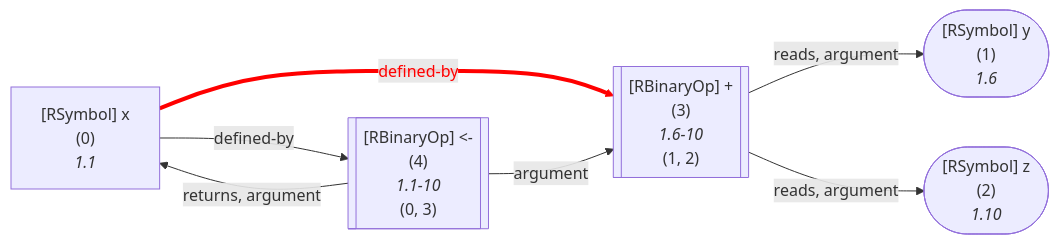
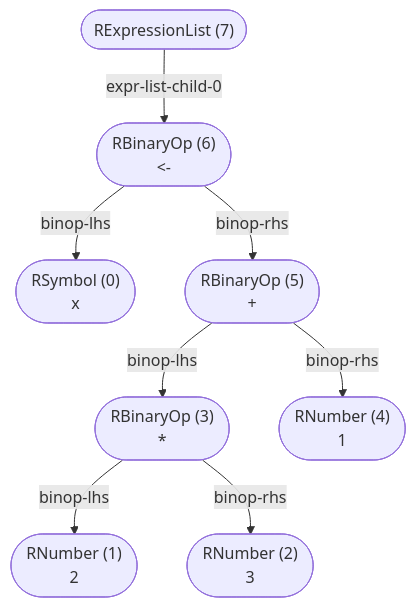
The diagram in wiki/Normalized AST.md (flowr-analysis/flowr), drawn with Mermaid before and after one commit. The commit also changed other lines of this file and 3 other files, not shown here.

````diff
--- a/wiki/Normalized AST.md
+++ b/wiki/Normalized AST.md
@@ -1074,27 +25,27 @@
 ```mermaid
-flowchart LR
-    1(["`#91;RSymbol#93; y
-      (1)
-      *1.6*`"])
-    2(["`#91;RSymbol#93; z
-      (2)
-      *1.10*`"])
-    3[["`#91;RBinaryOp#93; #43;
-      (3)
-      *1.6-10*
-    (1, 2)`"]]
-    0["`#91;RSymbol#93; x
-      (0)
-      *1.1*`"]
-    4[["`#91;RBinaryOp#93; #60;#45;
-      (4)
-      *1.1-10*
-    (0, 3)`"]]
-    3 -->|"reads, argument"| 1
-    3 -->|"reads, argument"| 2
-    0 -->|"defined-by"| 3
-    linkStyle 2 stroke:red,color:red,stroke-width:4px;
-    0 -->|"defined-by"| 4
-    4 -->|"argument"| 3
-    4 -->|"returns, argument"| 0
+flowchart TD
+    n7(["RExpressionList (7)
+ "])
+    n6(["RBinaryOp (6)
+#60;#45;"])
+    n7 -->|"expr-list-child-0"| n6
+    n0(["RSymbol (0)
+x"])
+    n6 -->|"binop-lhs"| n0
+    n5(["RBinaryOp (5)
+#43;"])
+    n6 -->|"binop-rhs"| n5
+    n3(["RBinaryOp (3)
+#42;"])
+    n5 -->|"binop-lhs"| n3
+    n1(["RNumber (1)
+2"])
+    n3 -->|"binop-lhs"| n1
+    n2(["RNumber (2)
+3"])
+    n3 -->|"binop-rhs"| n2
+    n4(["RNumber (4)
+1"])
+    n5 -->|"binop-rhs"| n4
+
 ```
````
